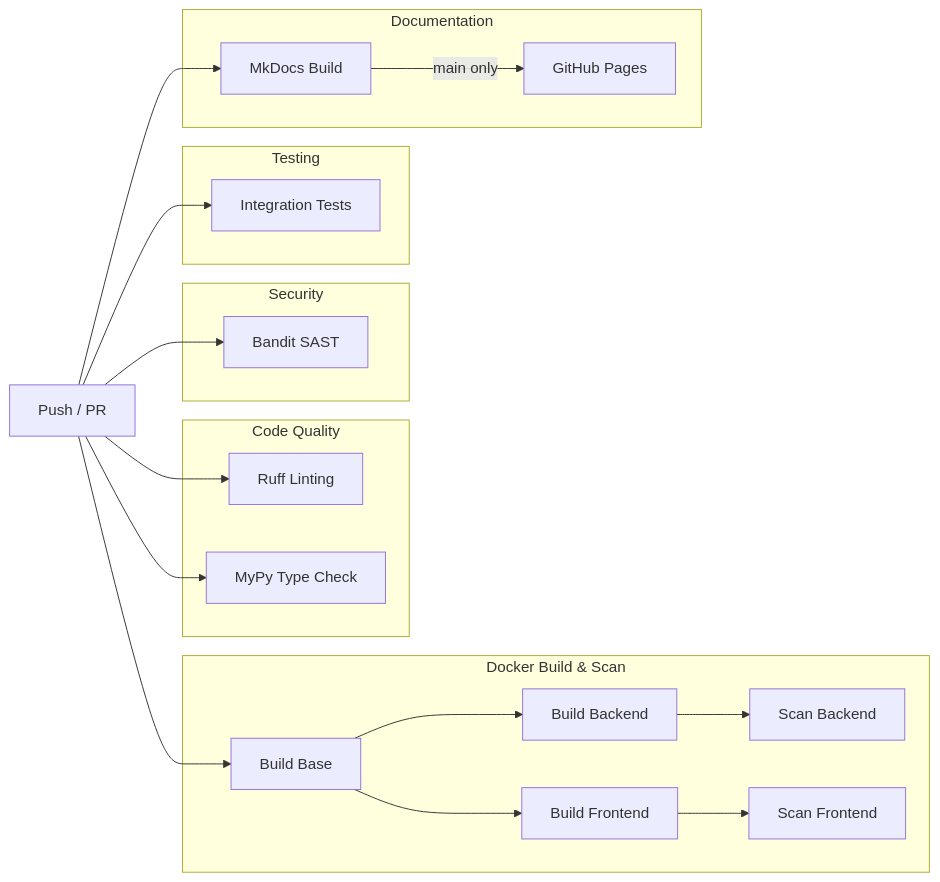
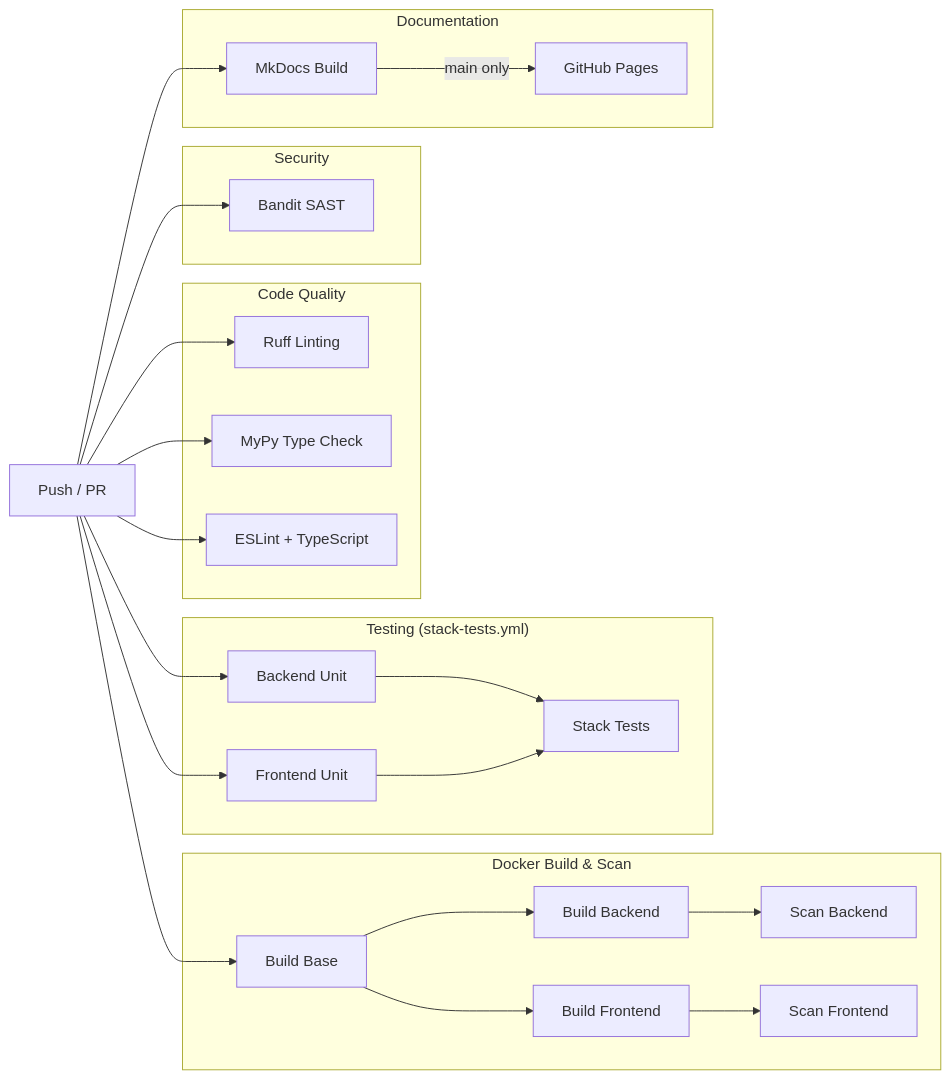
One commit to HardMax71/Integr8sCode changed the first of 3 diagrams in docs/operations/cicd.md. Above: the diagram before and after it, drawn with Mermaid. The commit also changed other lines of this file and 125 other files, not shown here.

````diff
--- a/docs/operations/cicd.md
+++ b/docs/operations/cicd.md
@@ -9,40 +9,47 @@
 ```mermaid
 graph LR
     subgraph "Code Quality"
         Ruff["Ruff Linting"]
         MyPy["MyPy Type Check"]
+        ESLint["ESLint + TypeScript"]
     end
 
     subgraph "Security"
         Bandit["Bandit SAST"]
     end
 
     subgraph "Docker Build & Scan"
         Base["Build Base"]
         Backend["Build Backend"]
         Frontend["Build Frontend"]
         ScanBE["Scan Backend"]
         ScanFE["Scan Frontend"]
         Base --> Backend
         Base --> Frontend
         Backend --> ScanBE
         Frontend --> ScanFE
     end
 
-    subgraph "Testing"
-        Integration["Integration Tests"]
+    subgraph "Testing (stack-tests.yml)"
+        UnitBE["Backend Unit"]
+        UnitFE["Frontend Unit"]
+        Stack["Stack Tests"]
+        UnitBE --> Stack
+        UnitFE --> Stack
     end
 
     subgraph "Documentation"
         Docs["MkDocs Build"]
         Pages["GitHub Pages"]
     end
 
     Push["Push / PR"] --> Ruff
     Push --> MyPy
+    Push --> ESLint
     Push --> Bandit
     Push --> Base
-    Push --> Integration
+    Push --> UnitBE
+    Push --> UnitFE
     Push --> Docs
     Docs -->|main only| Pages
 ```
````
